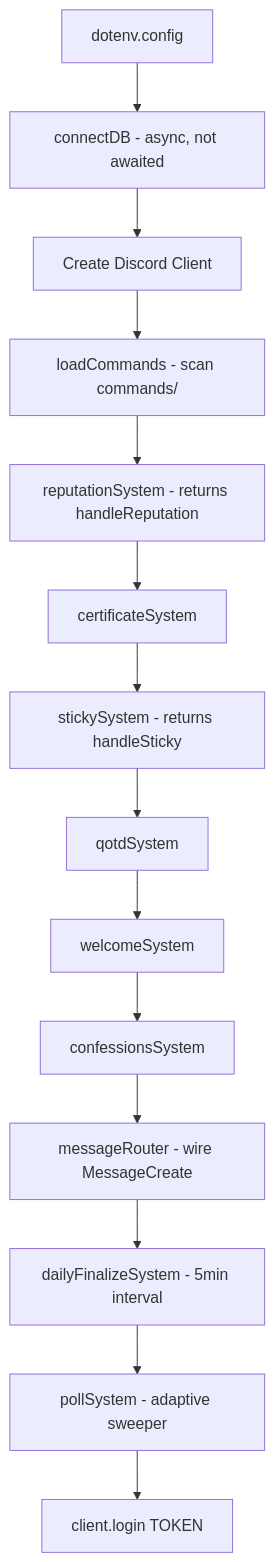
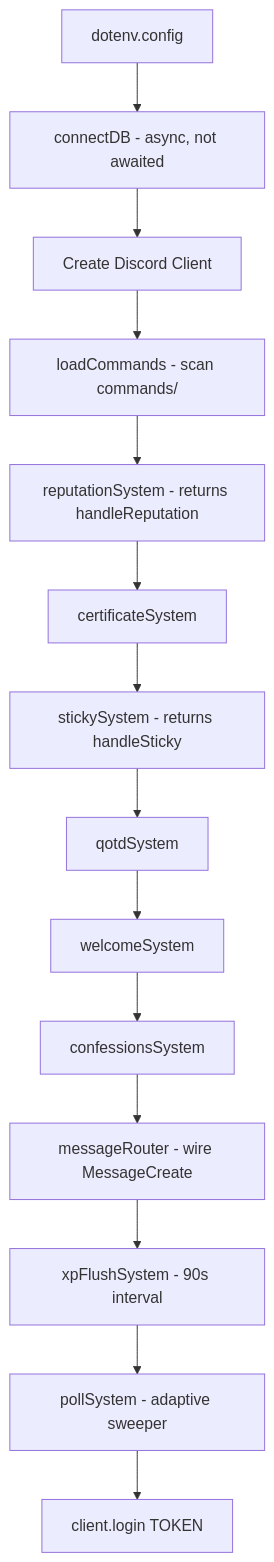
The first of 3 diagrams in docs/architecture.md (Vasumitra-Gajbhiye/Ralevel-Discord-Bot), drawn with Mermaid before and after one commit. The commit also changed other lines of this file and 26 other files, not shown here.

````diff
--- a/docs/architecture.md
+++ b/docs/architecture.md
@@ -87,16 +87,16 @@
 ```mermaid
 flowchart TD
     A[dotenv.config] --> B[connectDB - async, not awaited]
     B --> C[Create Discord Client]
     C --> D[loadCommands - scan commands/]
     D --> E[reputationSystem - returns handleReputation]
     E --> F[certificateSystem]
     F --> G[stickySystem - returns handleSticky]
     G --> H[qotdSystem]
     H --> I[welcomeSystem]
     I --> J[confessionsSystem]
     J --> K[messageRouter - wire MessageCreate]
-    K --> L[dailyFinalizeSystem - 5min interval]
+    K --> L[xpFlushSystem - 90s interval]
     L --> M[pollSystem - adaptive sweeper]
     M --> N[client.login TOKEN]
 ```
````
